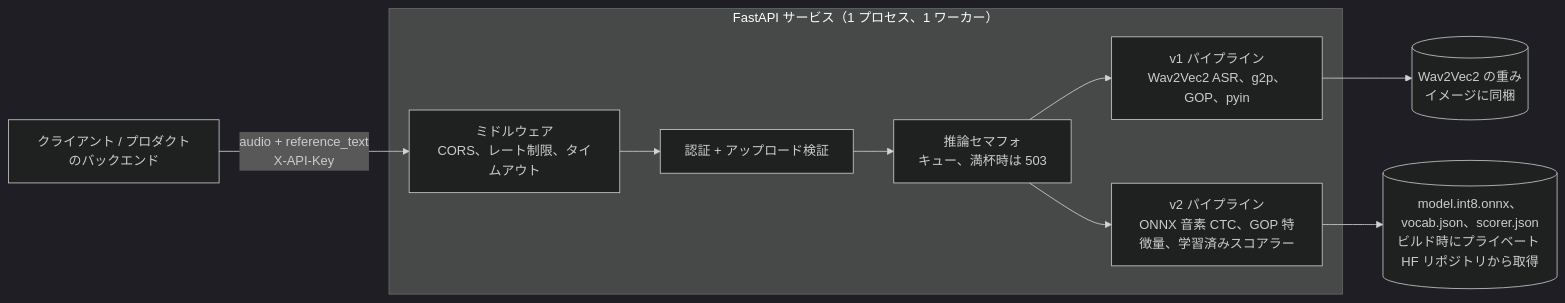
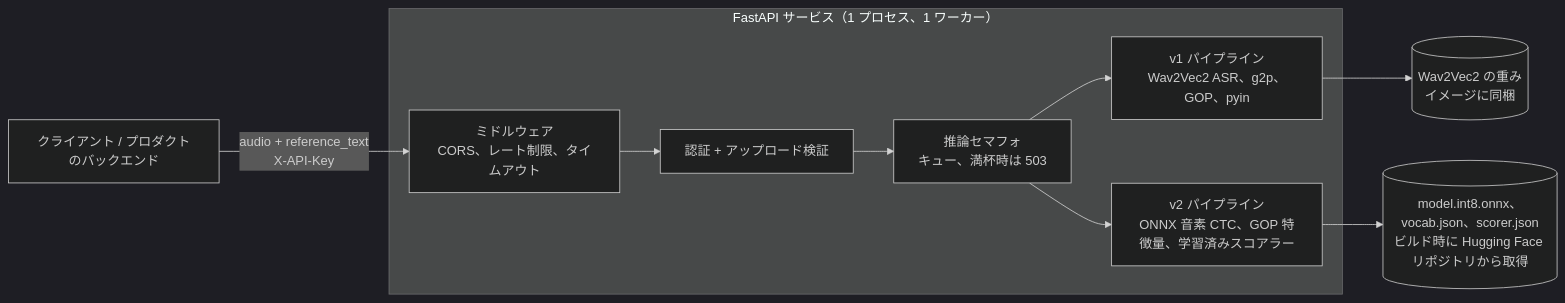
One commit to dris1153/pronunciation-service changed the first of 2 diagrams in languages/ja/README.md. Above: the diagram before and after it, drawn with Mermaid (dark theme). The commit also changed other lines of this file and 40 other files, not shown here.

````diff
--- a/languages/ja/README.md
+++ b/languages/ja/README.md
@@ -52,12 +52,12 @@
 ```mermaid
 flowchart LR
     client["クライアント / プロダクトのバックエンド"] -->|"audio + reference_text<br/>X-API-Key"| mw
     subgraph svc["FastAPI サービス（1 プロセス、1 ワーカー）"]
         mw["ミドルウェア<br/>CORS、レート制限、タイムアウト"] --> val["認証 + アップロード検証"]
         val --> sem["推論セマフォ<br/>キュー、満杯時は 503"]
         sem --> v1["v1 パイプライン<br/>Wav2Vec2 ASR、g2p、GOP、pyin"]
         sem --> v2["v2 パイプライン<br/>ONNX 音素 CTC、GOP 特徴量、学習済みスコアラー"]
     end
     v1 --> w1[("Wav2Vec2 の重み<br/>イメージに同梱")]
-    v2 --> w2[("model.int8.onnx、vocab.json、scorer.json<br/>ビルド時にプライベート HF リポジトリから取得")]
+    v2 --> w2[("model.int8.onnx、vocab.json、scorer.json<br/>ビルド時に Hugging Face リポジトリから取得")]
 ```
````
